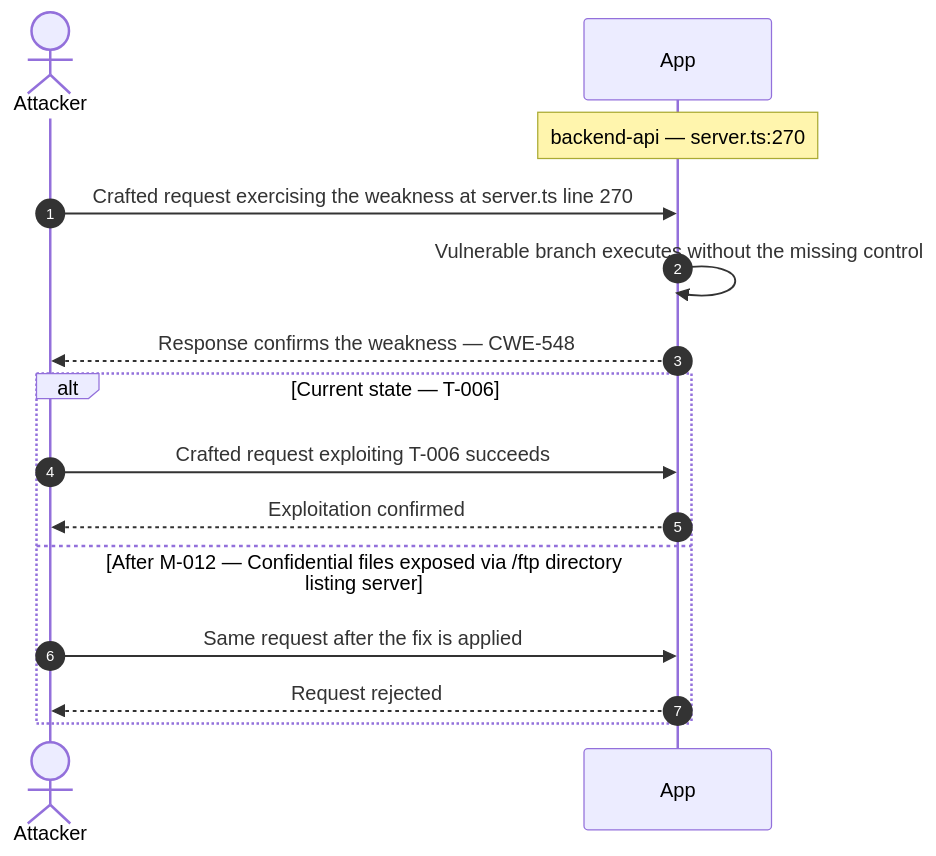
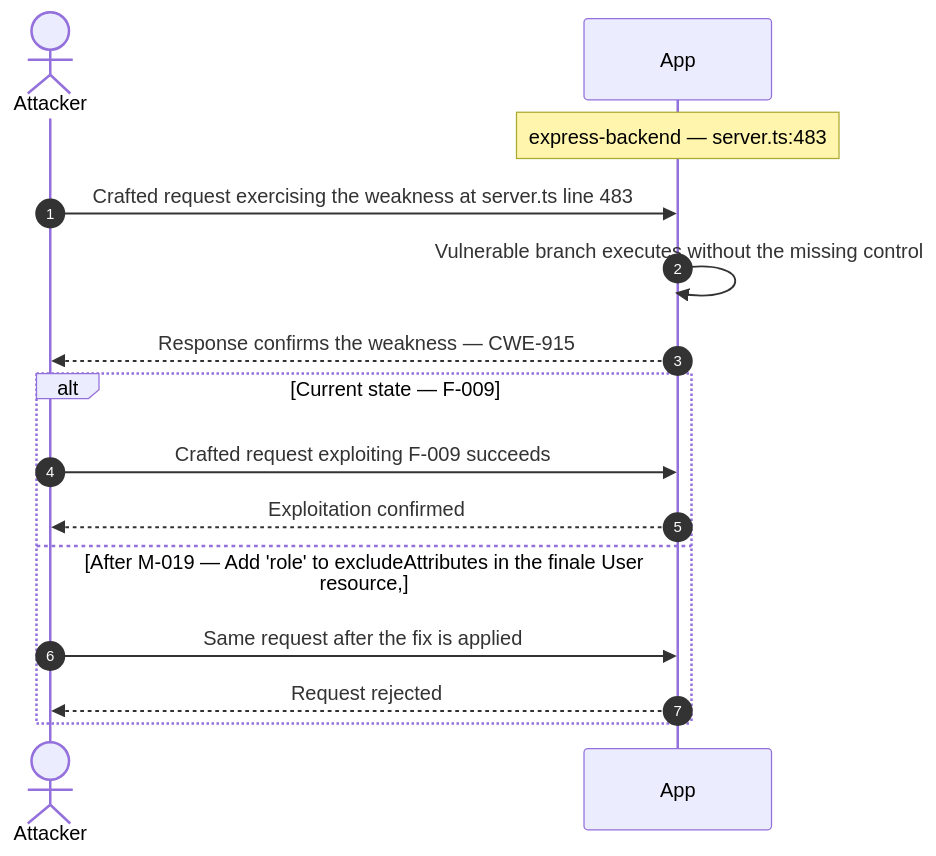
One commit to appsec-foundry/appsec-advisor changed the seventh of 12 diagrams in tests/fixtures/e2e/_repair-run/.fragments/_chain-skeleton.md. Above: the diagram before and after it, drawn with Mermaid. The commit also changed other lines of this file and 184 other files, not shown here.

````diff
--- a/tests/fixtures/e2e/_repair-run/.fragments/_chain-skeleton.md
+++ b/tests/fixtures/e2e/_repair-run/.fragments/_chain-skeleton.md
@@ -220,17 +256,17 @@
 ```mermaid
 sequenceDiagram
     autonumber
     actor Attacker
     participant App
-    Note over App: backend-api — server.ts:270
-    Attacker->>App: Crafted request exercising the weakness at server.ts line 270
+    Note over App: express-backend — server.ts:483
+    Attacker->>App: Crafted request exercising the weakness at server.ts line 483
     App->>App: Vulnerable branch executes without the missing control
-    App-->>Attacker: Response confirms the weakness — CWE-548
-    alt Current state — T-006
-        Attacker->>App: Crafted request exploiting T-006 succeeds
+    App-->>Attacker: Response confirms the weakness — CWE-915
+    alt Current state — F-009
+        Attacker->>App: Crafted request exploiting F-009 succeeds
         App-->>Attacker: Exploitation confirmed
-    else After M-012 — Confidential files exposed via /ftp directory listing server
+    else After M-019 — Add 'role' to excludeAttributes in the finale User resource,
         Attacker->>App: Same request after the fix is applied
         App-->>Attacker: Request rejected
     end
 ```
````
